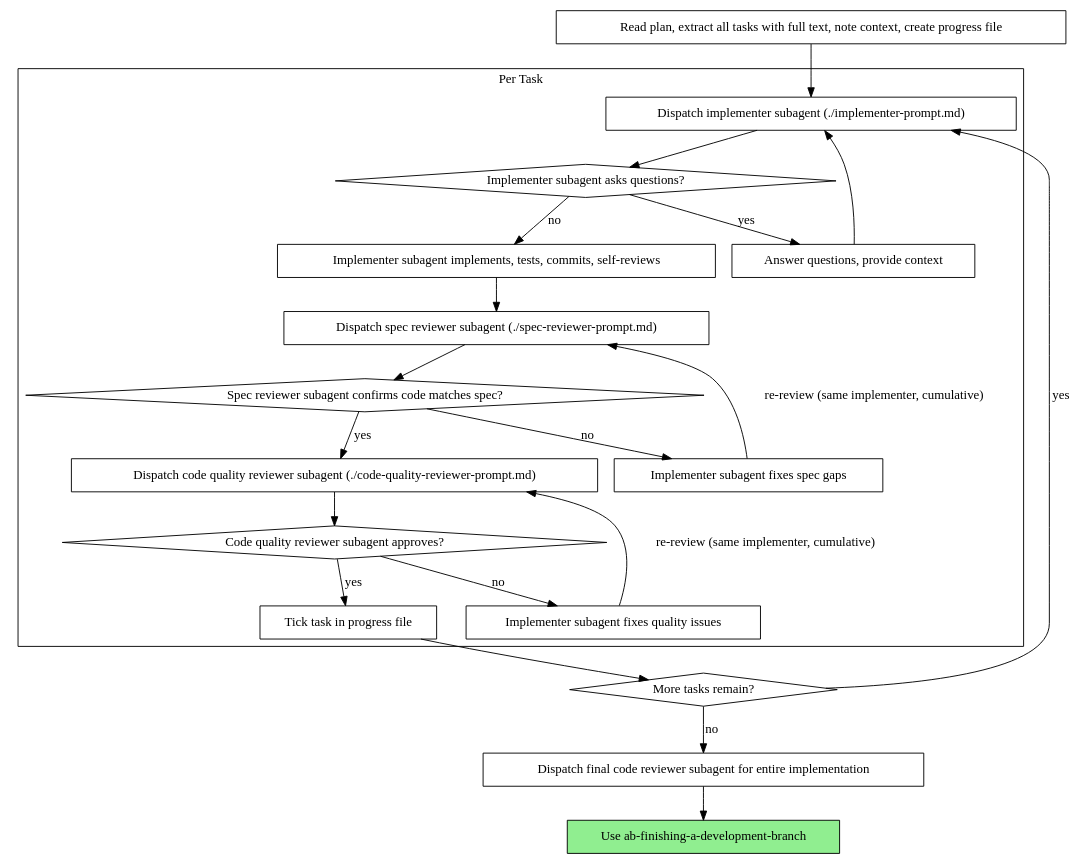
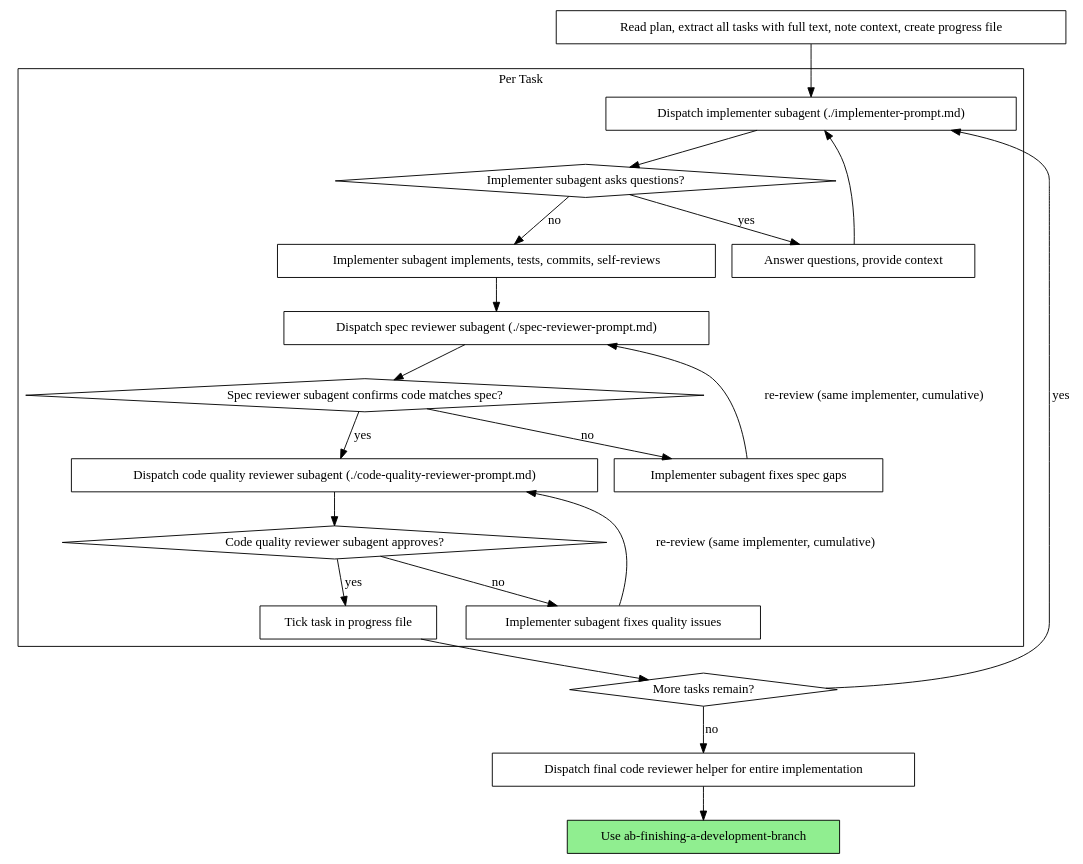
One commit to Ninety2UA/agent-blueprint changed the second of 2 diagrams in skills/ab-subagent-driven-development/SKILL.md. Above: the diagram before and after it, drawn with Graphviz. The commit also changed other lines of this file and 42 other files, not shown here.

````diff
--- a/skills/ab-subagent-driven-development/SKILL.md
+++ b/skills/ab-subagent-driven-development/SKILL.md
@@ -40,44 +40,44 @@
 ```dot
 digraph process {
     rankdir=TB;
 
     subgraph cluster_per_task {
         label="Per Task";
         "Dispatch implementer subagent (./implementer-prompt.md)" [shape=box];
         "Implementer subagent asks questions?" [shape=diamond];
         "Answer questions, provide context" [shape=box];
         "Implementer subagent implements, tests, commits, self-reviews" [shape=box];
         "Dispatch spec reviewer subagent (./spec-reviewer-prompt.md)" [shape=box];
         "Spec reviewer subagent confirms code matches spec?" [shape=diamond];
         "Implementer subagent fixes spec gaps" [shape=box];
         "Dispatch code quality reviewer subagent (./code-quality-reviewer-prompt.md)" [shape=box];
         "Code quality reviewer subagent approves?" [shape=diamond];
         "Implementer subagent fixes quality issues" [shape=box];
         "Tick task in progress file" [shape=box];
     }
 
     "Read plan, extract all tasks with full text, note context, create progress file" [shape=box];
     "More tasks remain?" [shape=diamond];
-    "Dispatch final code reviewer subagent for entire implementation" [shape=box];
+    "Dispatch final code reviewer helper for entire implementation" [shape=box];
     "Use ab-finishing-a-development-branch" [shape=box style=filled fillcolor=lightgreen];
 
     "Read plan, extract all tasks with full text, note context, create progress file" -> "Dispatch implementer subagent (./implementer-prompt.md)";
     "Dispatch implementer subagent (./implementer-prompt.md)" -> "Implementer subagent asks questions?";
     "Implementer subagent asks questions?" -> "Answer questions, provide context" [label="yes"];
     "Answer questions, provide context" -> "Dispatch implementer subagent (./implementer-prompt.md)";
     "Implementer subagent asks questions?" -> "Implementer subagent implements, tests, commits, self-reviews" [label="no"];
     "Implementer subagent implements, tests, commits, self-reviews" -> "Dispatch spec reviewer subagent (./spec-reviewer-prompt.md)";
     "Dispatch spec reviewer subagent (./spec-reviewer-prompt.md)" -> "Spec reviewer subagent confirms code matches spec?";
     "Spec reviewer subagent confirms code matches spec?" -> "Implementer subagent fixes spec gaps" [label="no"];
     "Implementer subagent fixes spec gaps" -> "Dispatch spec reviewer subagent (./spec-reviewer-prompt.md)" [label="re-review (same implementer, cumulative)"];
     "Spec reviewer subagent confirms code matches spec?" -> "Dispatch code quality reviewer subagent (./code-quality-reviewer-prompt.md)" [label="yes"];
     "Dispatch code quality reviewer subagent (./code-quality-reviewer-prompt.md)" -> "Code quality reviewer subagent approves?";
     "Code quality reviewer subagent approves?" -> "Implementer subagent fixes quality issues" [label="no"];
     "Implementer subagent fixes quality issues" -> "Dispatch code quality reviewer subagent (./code-quality-reviewer-prompt.md)" [label="re-review (same implementer, cumulative)"];
     "Code quality reviewer subagent approves?" -> "Tick task in progress file" [label="yes"];
     "Tick task in progress file" -> "More tasks remain?";
     "More tasks remain?" -> "Dispatch implementer subagent (./implementer-prompt.md)" [label="yes"];
-    "More tasks remain?" -> "Dispatch final code reviewer subagent for entire implementation" [label="no"];
-    "Dispatch final code reviewer subagent for entire implementation" -> "Use ab-finishing-a-development-branch";
+    "More tasks remain?" -> "Dispatch final code reviewer helper for entire implementation" [label="no"];
+    "Dispatch final code reviewer helper for entire implementation" -> "Use ab-finishing-a-development-branch";
 }
 ```
````
